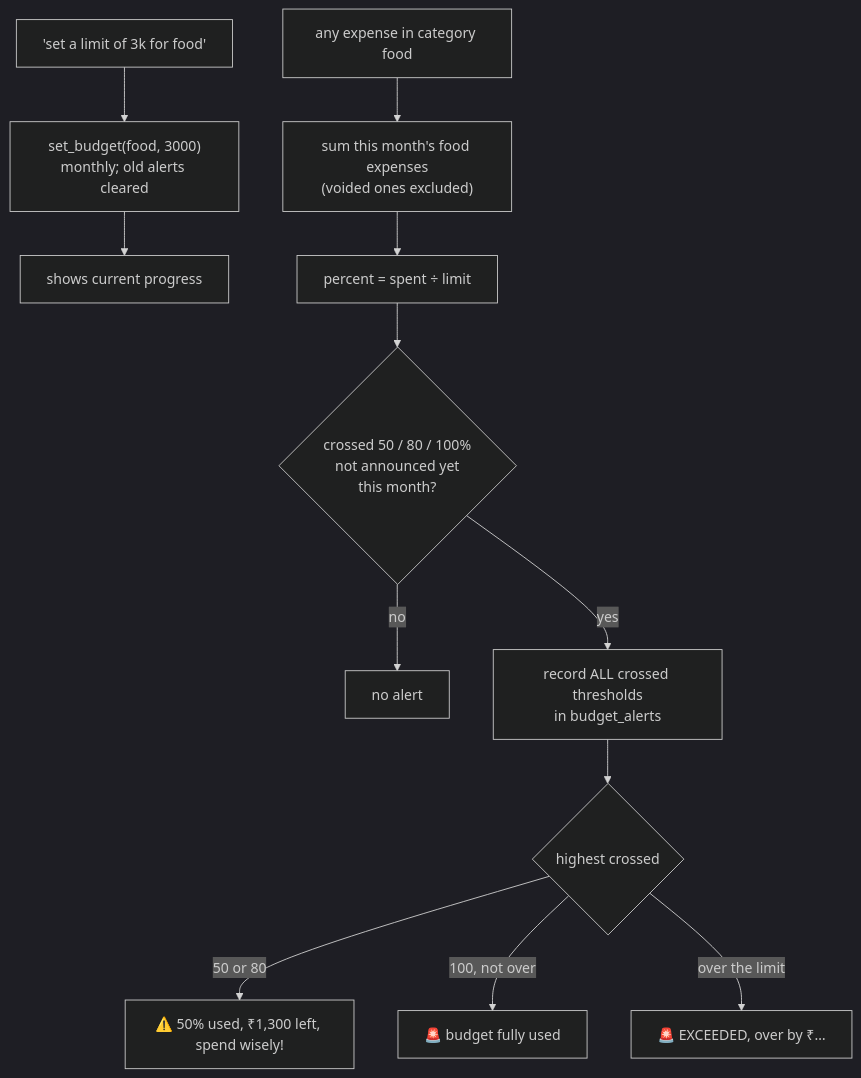
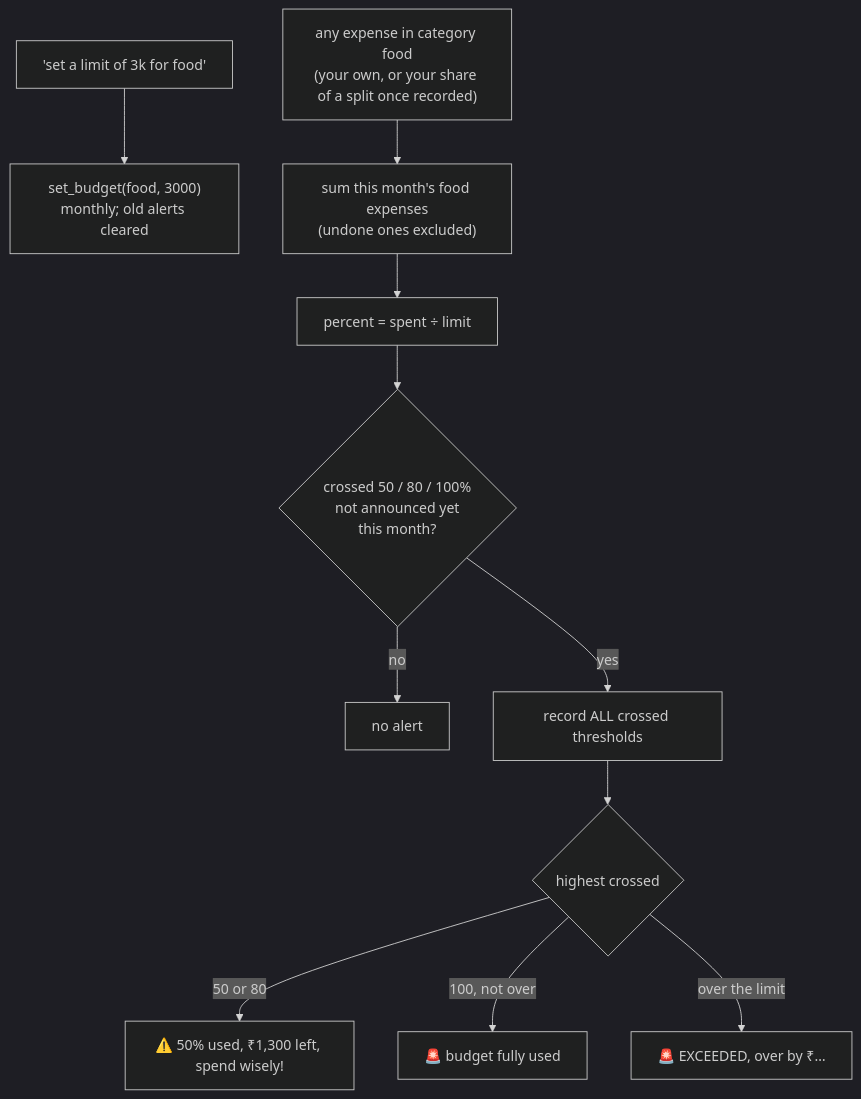
One commit to yeturu-surya-fission/Expense_Tracker changed the ninth of 12 diagrams in docs/FLOWS.md. Above: the diagram before and after it, drawn with Mermaid (dark theme). The commit also changed other lines of this file and 3 other files, not shown here.

Commit message:
state diagram added

````diff
--- a/docs/FLOWS.md
+++ b/docs/FLOWS.md
@@ -117,15 +245,13 @@
 ```mermaid
 flowchart TD
     A["'set a limit of 3k for food'"] --> SB["set_budget(food, 3000)<br/>monthly; old alerts cleared"]
-    SB --> ST["shows current progress"]
-
-    E["any expense in category food"] --> SUM["sum this month's food expenses<br/>(voided ones excluded)"]
+    E["any expense in category food<br/>(your own, or your share of a split once recorded)"] --> SUM["sum this month's food expenses<br/>(undone ones excluded)"]
     SUM --> PCT["percent = spent ÷ limit"]
     PCT --> TH{"crossed 50 / 80 / 100%<br/>not announced yet<br/>this month?"}
     TH -->|no| QUIET["no alert"]
-    TH -->|yes| SAVE["record ALL crossed thresholds<br/>in budget_alerts"]
+    TH -->|yes| SAVE["record ALL crossed thresholds"]
     SAVE --> WHICH{"highest crossed"}
     WHICH -->|"50 or 80"| W["⚠️ 50% used, ₹1,300 left, spend wisely!"]
     WHICH -->|"100, not over"| F["🚨 budget fully used"]
     WHICH -->|"over the limit"| X["🚨 EXCEEDED, over by ₹…"]
 ```
````
